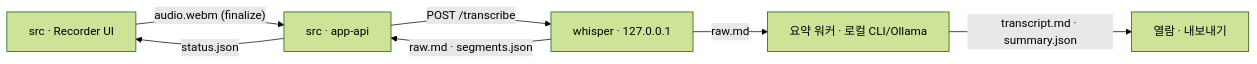
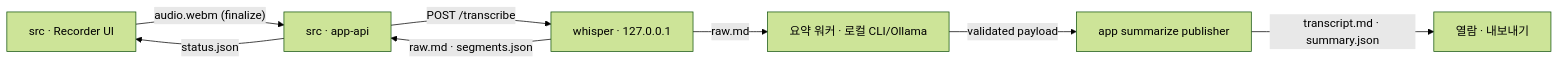
Before and after one commit to mimpp92-dotco/ai-note: the diagram in docs/ARCHITECTURE.md, drawn with Mermaid (forest theme). The commit also changed other lines of this file and 187 other files, not shown here.

````diff
--- a/docs/ARCHITECTURE.md
+++ b/docs/ARCHITECTURE.md
@@ -30,9 +32,10 @@
 ```mermaid
 flowchart LR
     UI["src · Recorder UI"] -->|"audio.webm (finalize)"| API["src · app-api"]
     API -->|"POST /transcribe"| W["whisper · 127.0.0.1"]
     W -->|"raw.md · segments.json"| API
     API -->|status.json| UI
     W -->|raw.md| SUM["요약 워커 · 로컬 CLI/Ollama"]
-    SUM -->|"transcript.md · summary.json"| V["열람 · 내보내기"]
+    SUM -->|validated payload| PUB["app summarize publisher"]
+    PUB -->|"transcript.md · summary.json"| V["열람 · 내보내기"]
 ```
````
